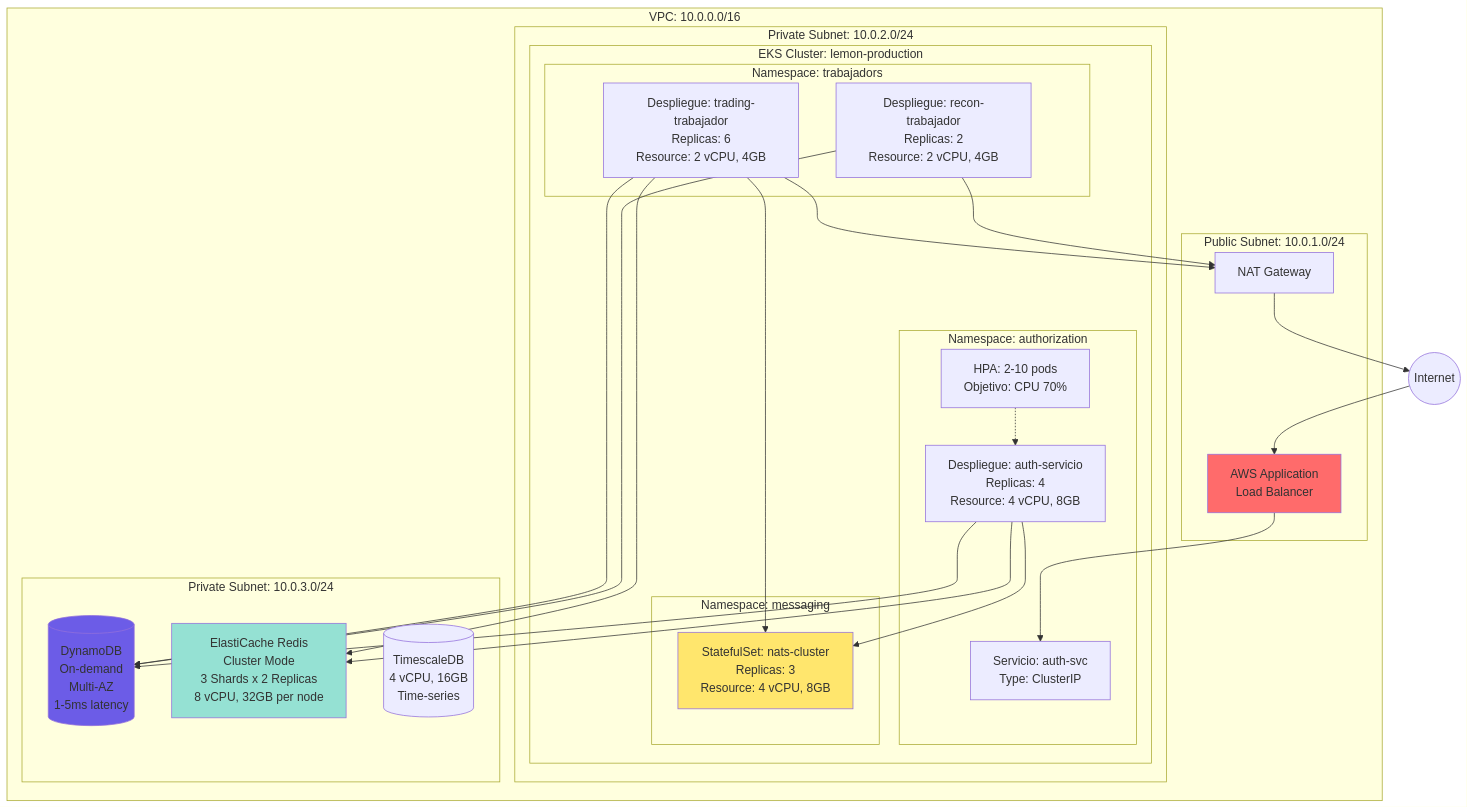
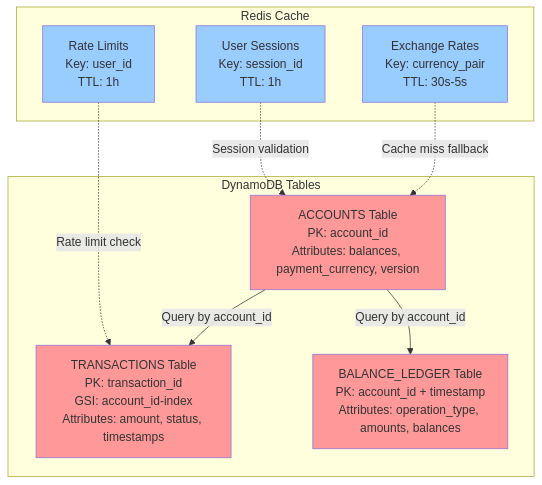
Before and after one commit to pablitopm/lemon-challenge: the first of 2 diagrams in DIAGRAMS.md, drawn with Mermaid. The commit also changed other lines of this file and 2 other files, not shown here.

````diff
--- a/DIAGRAMS.md
+++ b/DIAGRAMS.md
@@ -23,60 +23,28 @@
 ```mermaid
 graph TB
-    subgraph "VPC: 10.0.0.0/16"
-        subgraph "Public Subnet: 10.0.1.0/24"
-            ALB[AWS Application<br/>Load Balancer]
-            NAT[NAT Gateway]
-        end
-        
-        subgraph "Private Subnet: 10.0.2.0/24"
-            subgraph "EKS Cluster: lemon-production"
-                subgraph "Namespace: authorization"
-                    AuthDeploy[Despliegue: auth-servicio<br/>Replicas: 4<br/>Resource: 4 vCPU, 8GB]
-                    AuthHPA[HPA: 2-10 pods<br/>Objetivo: CPU 70%]
-                    AuthServicio[Servicio: auth-svc<br/>Type: ClusterIP]
-                end
-                
-                subgraph "Namespace: trabajadors"
-                    TradingDeploy[Despliegue: trading-trabajador<br/>Replicas: 6<br/>Resource: 2 vCPU, 4GB]
-                    ReconDeploy[Despliegue: recon-trabajador<br/>Replicas: 2<br/>Resource: 2 vCPU, 4GB]
-                end
-                
-                subgraph "Namespace: messaging"
-                    NATSStateful[StatefulSet: nats-cluster<br/>Replicas: 3<br/>Resource: 4 vCPU, 8GB]
-                end
-            end
-        end
-        
-        subgraph "Private Subnet: 10.0.3.0/24"
-            DynamoDB[(DynamoDB<br/>On-demand<br/>Multi-AZ<br/>1-5ms latency)]
-            
-            ElastiCache[ElastiCache Redis<br/>Cluster Mode<br/>3 Shards x 2 Replicas<br/>8 vCPU, 32GB per node]
-            
-            TimescaleDB[(TimescaleDB<br/>4 vCPU, 16GB<br/>Time-series)]
-        end
+    subgraph "DynamoDB Tables"
+        A[ACCOUNTS Table<br/>PK: account_id<br/>Attributes: balances, payment_currency, version]
+        T[TRANSACTIONS Table<br/>PK: transaction_id<br/>GSI: account_id-index<br/>Attributes: amount, status, timestamps]
+        B[BALANCE_LEDGER Table<br/>PK: account_id + timestamp<br/>Attributes: operation_type, amounts, balances]
     end
     
-    Internet((Internet)) --> ALB
-    ALB --> AuthServicio
+    subgraph "Redis Cache"
+        R1[Exchange Rates<br/>Key: currency_pair<br/>TTL: 30s-5s]
+        R2[User Sessions<br/>Key: session_id<br/>TTL: 1h]
+        R3[Rate Limits<br/>Key: user_id<br/>TTL: 1h]
+    end
     
-    AuthDeploy --> DynamoDB
-    AuthDeploy --> ElastiCache
-    AuthDeploy --> NATSStateful
+    A --> |"Query by account_id"| T
+    A --> |"Query by account_id"| B
     
-    TradingDeploy --> DynamoDB
-    TradingDeploy --> ElastiCache
-    TradingDeploy --> NATSStateful
+    R1 -.-> |"Cache miss fallback"| A
+    R2 -.-> |"Session validation"| A
+    R3 -.-> |"Rate limit check"| T
     
-    ReconDeploy --> DynamoDB
-    
-    TradingDeploy --> NAT
-    ReconDeploy --> NAT
-    NAT --> Internet
-    
-    AuthHPA -.-> AuthDeploy
-    
-    style ALB fill:#ff6b6b
-    style DynamoDB fill:#6c5ce7
-    style ElastiCache fill:#95e1d3
-    style NATSStateful fill:#ffe66d
+    style A fill:#ff9999
+    style T fill:#ff9999
+    style B fill:#ff9999
+    style R1 fill:#99ccff
+    style R2 fill:#99ccff
+    style R3 fill:#99ccff
 ```
````
